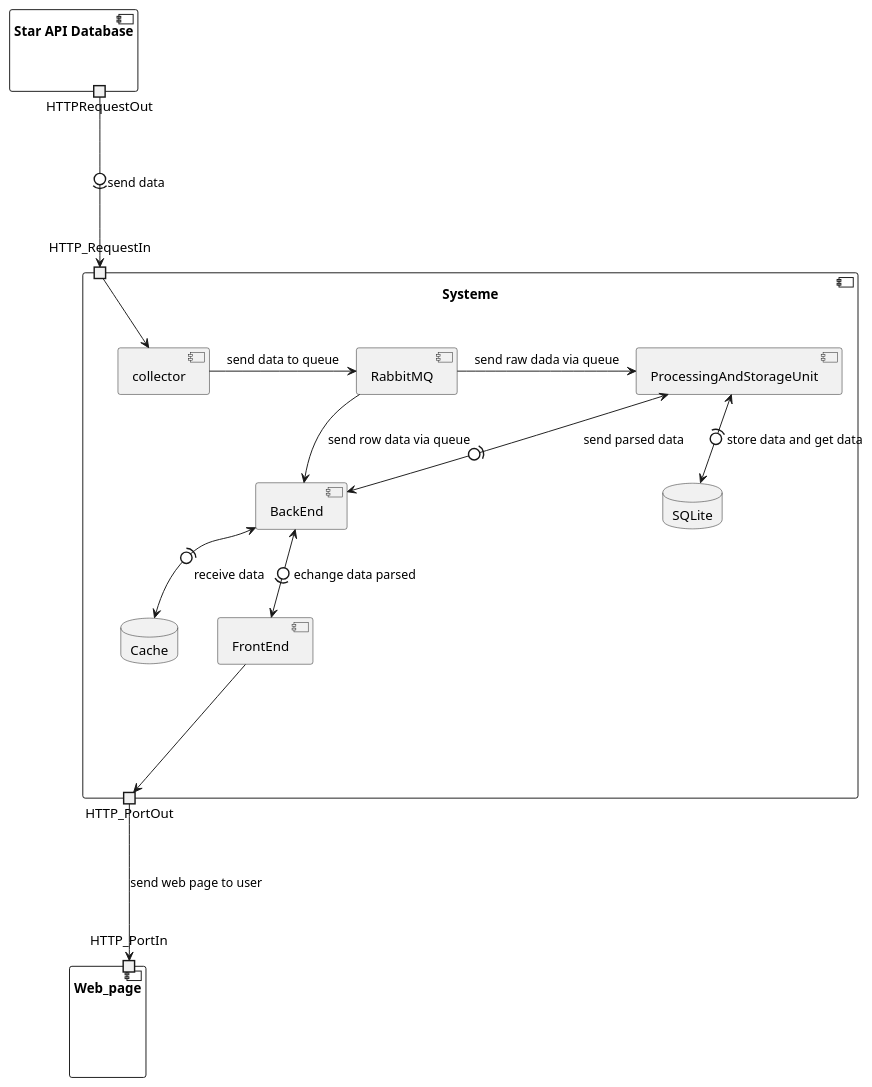
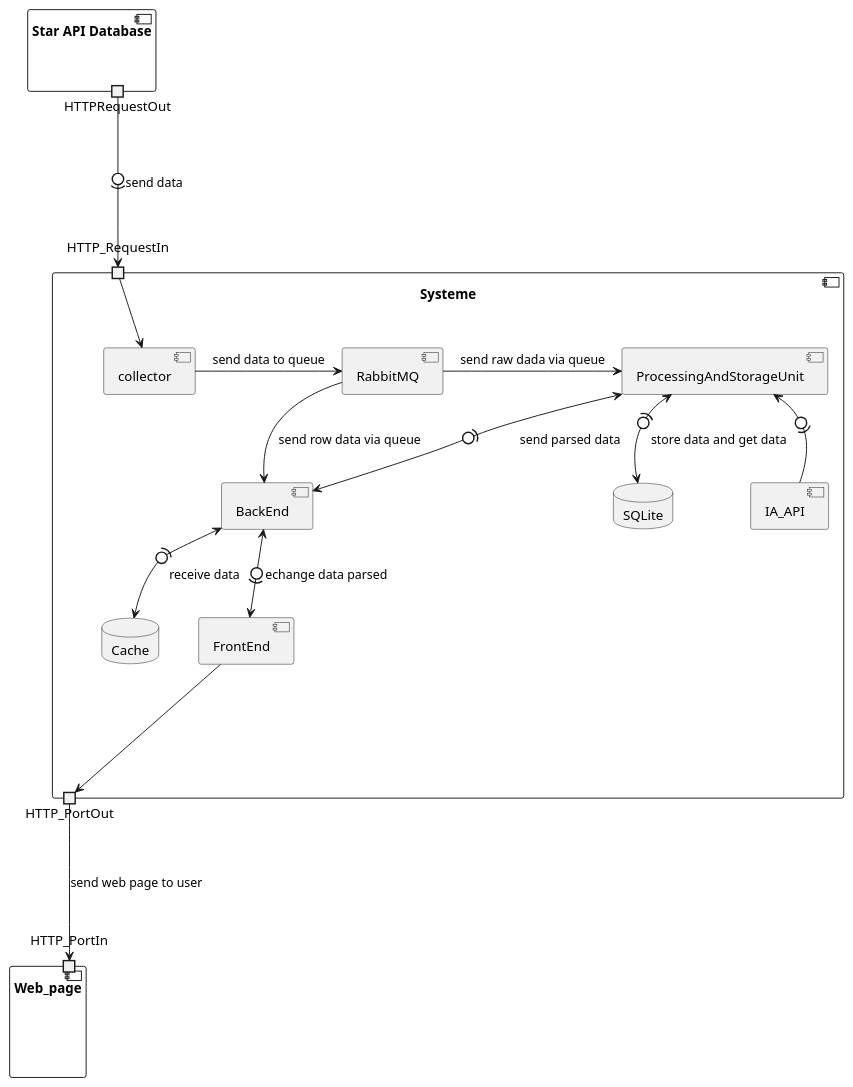
The diagram in diagrams/global/ComponentDiagram.puml (ESIR2-PROJET-KEOLIS/design), drawn with PlantUML before and after one commit. The commit also changed 2 other files, not shown here.

Commit message:
add some UML

```diff
--- a/diagrams/global/ComponentDiagram.puml
+++ b/diagrams/global/ComponentDiagram.puml
@@ -1,36 +1,37 @@
 @startuml ComponentDiagram
 
 component  "Star API Database" {
     portout HTTPRequestOut
 }
 
 
 component "Systeme"{
     portin HTTP_RequestIn
     Portout HTTP_PortOut
     database SQLite
     database Cache
     HTTP_RequestIn -> [collector]
     [collector] -> [RabbitMQ] :  send data to queue
     [RabbitMQ] -> [ProcessingAndStorageUnit] : send raw dada via queue
 
     [ProcessingAndStorageUnit] <-(0-> SQLite : store data and get data
+    [ProcessingAndStorageUnit] <-0)- [IA_API]
 
     [RabbitMQ] --> [BackEnd] : send row data via queue
     [ProcessingAndStorageUnit] <-(0-> [BackEnd] : send parsed data
     [BackEnd] <-(0-> Cache : receive data
     [BackEnd] <-0)-> [FrontEnd] : echange data parsed
     
     [FrontEnd] ---> HTTP_PortOut
     
 
 }
 
 component "Web_page"{
     portin HTTP_PortIn
 }
 
 HTTPRequestOut --0)-> HTTP_RequestIn : send data
 HTTP_PortOut ---> HTTP_PortIn : send web page to user
 
 @enduml
```
